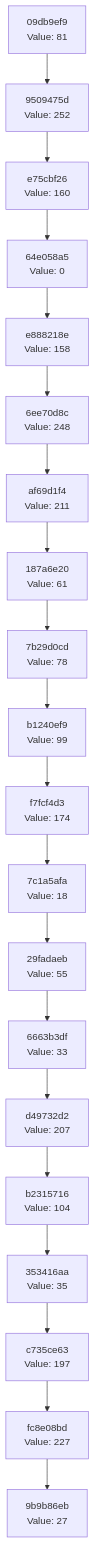
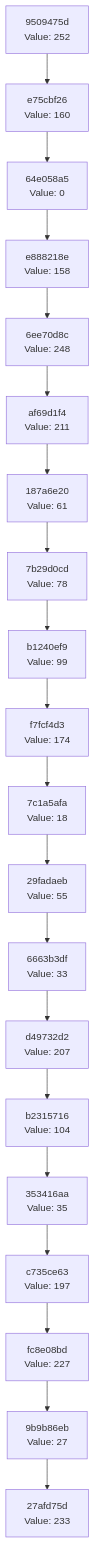
Before and after one commit to Abhisheksinha1506/hash-chain-evolver: the diagram in docs/CHAIN_VISUALIZATION.md, drawn with Mermaid. The commit also changed 2 other files, not shown here.

Commit message:
Evolution Step

````diff
--- a/docs/CHAIN_VISUALIZATION.md
+++ b/docs/CHAIN_VISUALIZATION.md
@@ -3,42 +3,42 @@
 ```mermaid
 graph TD
-    C0["9b9b86eb<br/>Value: 27"]
-    C1["fc8e08bd<br/>Value: 227"]
+    C0["27afd75d<br/>Value: 233"]
+    C1["9b9b86eb<br/>Value: 27"]
     C1 --> C0
-    C2["c735ce63<br/>Value: 197"]
+    C2["fc8e08bd<br/>Value: 227"]
     C2 --> C1
-    C3["353416aa<br/>Value: 35"]
+    C3["c735ce63<br/>Value: 197"]
     C3 --> C2
-    C4["b2315716<br/>Value: 104"]
+    C4["353416aa<br/>Value: 35"]
     C4 --> C3
-    C5["d49732d2<br/>Value: 207"]
+    C5["b2315716<br/>Value: 104"]
     C5 --> C4
-    C6["6663b3df<br/>Value: 33"]
+    C6["d49732d2<br/>Value: 207"]
     C6 --> C5
-    C7["29fadaeb<br/>Value: 55"]
+    C7["6663b3df<br/>Value: 33"]
     C7 --> C6
-    C8["7c1a5afa<br/>Value: 18"]
+    C8["29fadaeb<br/>Value: 55"]
     C8 --> C7
-    C9["f7fcf4d3<br/>Value: 174"]
+    C9["7c1a5afa<br/>Value: 18"]
     C9 --> C8
-    C10["b1240ef9<br/>Value: 99"]
+    C10["f7fcf4d3<br/>Value: 174"]
     C10 --> C9
-    C11["7b29d0cd<br/>Value: 78"]
+    C11["b1240ef9<br/>Value: 99"]
     C11 --> C10
-    C12["187a6e20<br/>Value: 61"]
+    C12["7b29d0cd<br/>Value: 78"]
     C12 --> C11
-    C13["af69d1f4<br/>Value: 211"]
+    C13["187a6e20<br/>Value: 61"]
     C13 --> C12
-    C14["6ee70d8c<br/>Value: 248"]
+    C14["af69d1f4<br/>Value: 211"]
     C14 --> C13
-    C15["e888218e<br/>Value: 158"]
+    C15["6ee70d8c<br/>Value: 248"]
     C15 --> C14
-    C16["64e058a5<br/>Value: 0"]
+    C16["e888218e<br/>Value: 158"]
     C16 --> C15
-    C17["e75cbf26<br/>Value: 160"]
+    C17["64e058a5<br/>Value: 0"]
     C17 --> C16
-    C18["9509475d<br/>Value: 252"]
+    C18["e75cbf26<br/>Value: 160"]
     C18 --> C17
-    C19["09db9ef9<br/>Value: 81"]
+    C19["9509475d<br/>Value: 252"]
     C19 --> C18
 ```
````
